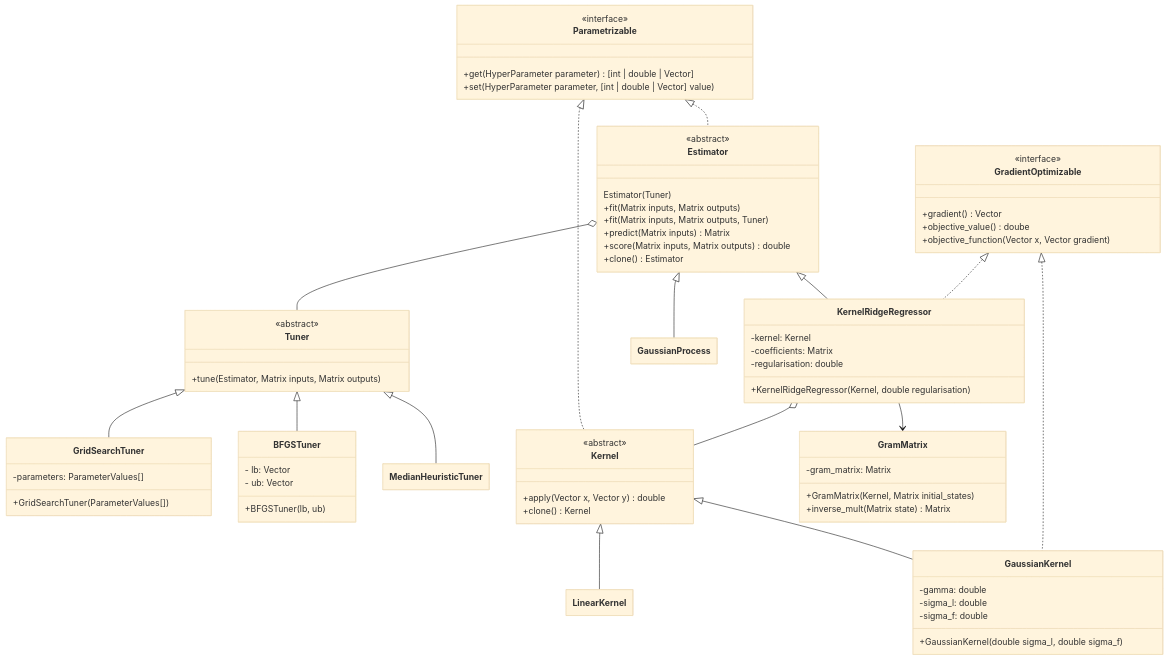
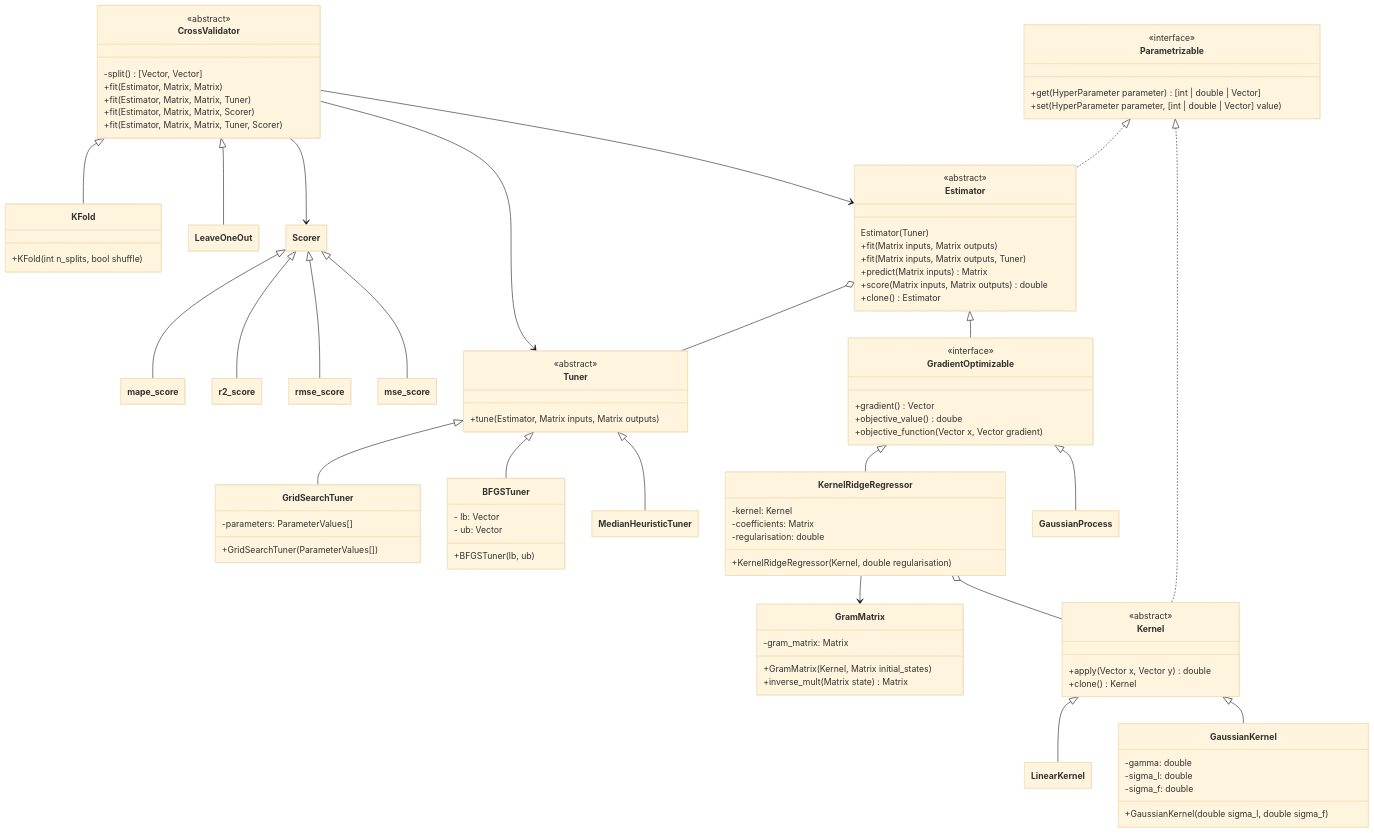
Before and after one commit to TendTo/lucid: the first of 4 diagrams in docs/Design.md, drawn with Mermaid (base theme). The commit also changed 6 other files, not shown here.

````diff
--- a/docs/Design.md
+++ b/docs/Design.md
@@ -5,8 +5,8 @@
 ```mermaid
 ---
-  config:
+config:
     class:
-      hideEmptyMembersBox: true
+        hideEmptyMembersBox: true
 ---
 classDiagram
     class Tuner {
@@ -72,24 +72,53 @@
         +inverse_mult(Matrix state) Matrix
     }
 
+    class CrossValidator {
+        <<abstract>>
+        -split() [Vector, Vector]
+        +fit(Estimator, Matrix, Matrix)
+        +fit(Estimator, Matrix, Matrix, Tuner)
+        +fit(Estimator, Matrix, Matrix, Scorer)
+        +fit(Estimator, Matrix, Matrix, Tuner, Scorer)
+    }
+
+    class LeaveOneOut
+    class KFold {
+        +KFold(int n_splits, bool shuffle)
+    }
+
+    class Scorer
+    class r2_score
+    class mse_score
+    class rmse_score
+    class mape_score
+
     Tuner <|-- GridSearchTuner
     Tuner <|-- BFGSTuner
     Tuner <|-- MedianHeuristicTuner
     Estimator o-- Tuner
 
+    Parametrizable <|.. Estimator
     Parametrizable <|.. Kernel
-    Parametrizable <|.. Estimator
 
-    Estimator <|-- GaussianProcess
-    Estimator <|-- KernelRidgeRegressor
-
+    Estimator <|-- GradientOptimizable
+    GradientOptimizable <| -- KernelRidgeRegressor
+    GradientOptimizable <| -- GaussianProcess
 
     Kernel <|-- LinearKernel
     Kernel <|-- GaussianKernel
 
-    GradientOptimizable <|.. KernelRidgeRegressor
-    GradientOptimizable <|.. GaussianKernel
     KernelRidgeRegressor --> GramMatrix
     KernelRidgeRegressor o-- Kernel
 
+    Scorer <|-- mape_score
+    Scorer <|-- r2_score
+    Scorer <|-- rmse_score
+    Scorer <|-- mse_score
+
+    CrossValidator <|-- KFold
+    CrossValidator <|-- LeaveOneOut
+
+    CrossValidator --> Scorer
+    CrossValidator --> Tuner
+    CrossValidator --> Estimator
 ```
````
